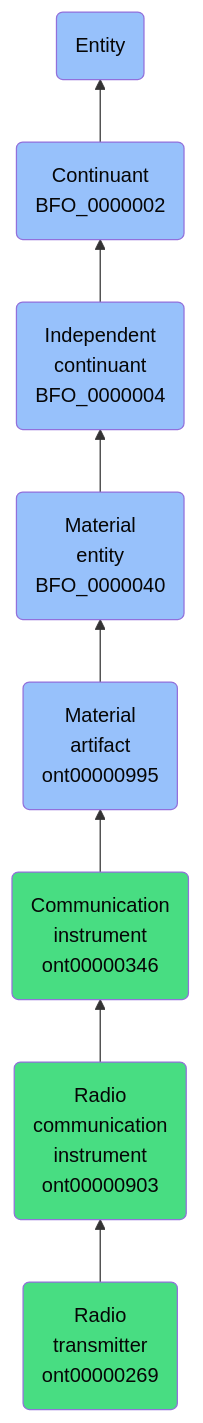
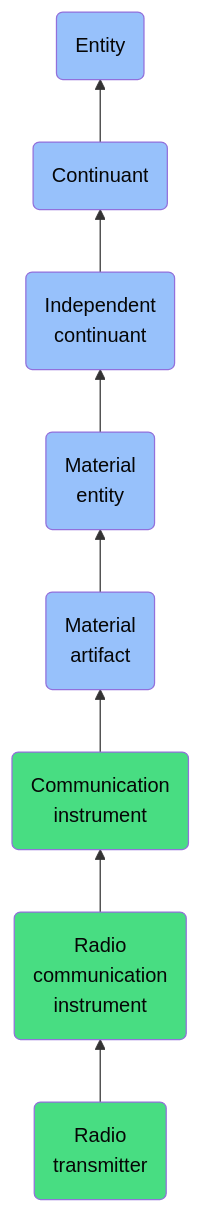
Before and after one commit to jupyter-naas/abi: the diagram in docs/ontology/reference/model/Entity/Continuant/Independent continuant/Material entity/Material artifact/Communication instrument/Radio communication instrument/Radio transmitter/Radio transmitter.md, drawn with Mermaid. The commit also changed other lines of this file and 1430 other files, not shown here.

````diff
--- a/docs/ontology/reference/model/Entity/Continuant/Independent continuant/Material entity/Material artifact/Communication instrument/Radio communication instrument/Radio transmitter/Radio transmitter.md
+++ b/docs/ontology/reference/model/Entity/Continuant/Independent continuant/Material entity/Material artifact/Communication instrument/Radio communication instrument/Radio transmitter/Radio transmitter.md
@@ -24,15 +24,15 @@
 ```mermaid
 graph BT
-    ont00000269(Radio<br>transmitter<br>ont00000269):::ABI-->ont00000903
-    ont00000903(Radio<br>communication<br>instrument<br>ont00000903):::ABI-->ont00000346
-    ont00000346(Communication<br>instrument<br>ont00000346):::ABI-->ont00000995
-    ont00000995(Material<br>artifact<br>ont00000995):::BFO-->BFO_0000040
-    BFO_0000040(Material<br>entity<br>BFO_0000040):::BFO-->BFO_0000004
-    BFO_0000004(Independent<br>continuant<br>BFO_0000004):::BFO-->BFO_0000002
-    BFO_0000002(Continuant<br>BFO_0000002):::BFO-->BFO_0000001
+    ont00000269(Radio<br>transmitter):::ABI-->ont00000903
+    ont00000903(Radio<br>communication<br>instrument):::ABI-->ont00000346
+    ont00000346(Communication<br>instrument):::ABI-->ont00000995
+    ont00000995(Material<br>artifact):::BFO-->BFO_0000040
+    BFO_0000040(Material<br>entity):::BFO-->BFO_0000004
+    BFO_0000004(Independent<br>continuant):::BFO-->BFO_0000002
+    BFO_0000002(Continuant):::BFO-->BFO_0000001
     BFO_0000001(Entity):::BFO
     
     classDef BFO fill:#97c1fb,color:#060606
     classDef CCO fill:#e4c51e,color:#060606
     classDef ABI fill:#48DD82,color:#060606
 ```
````
